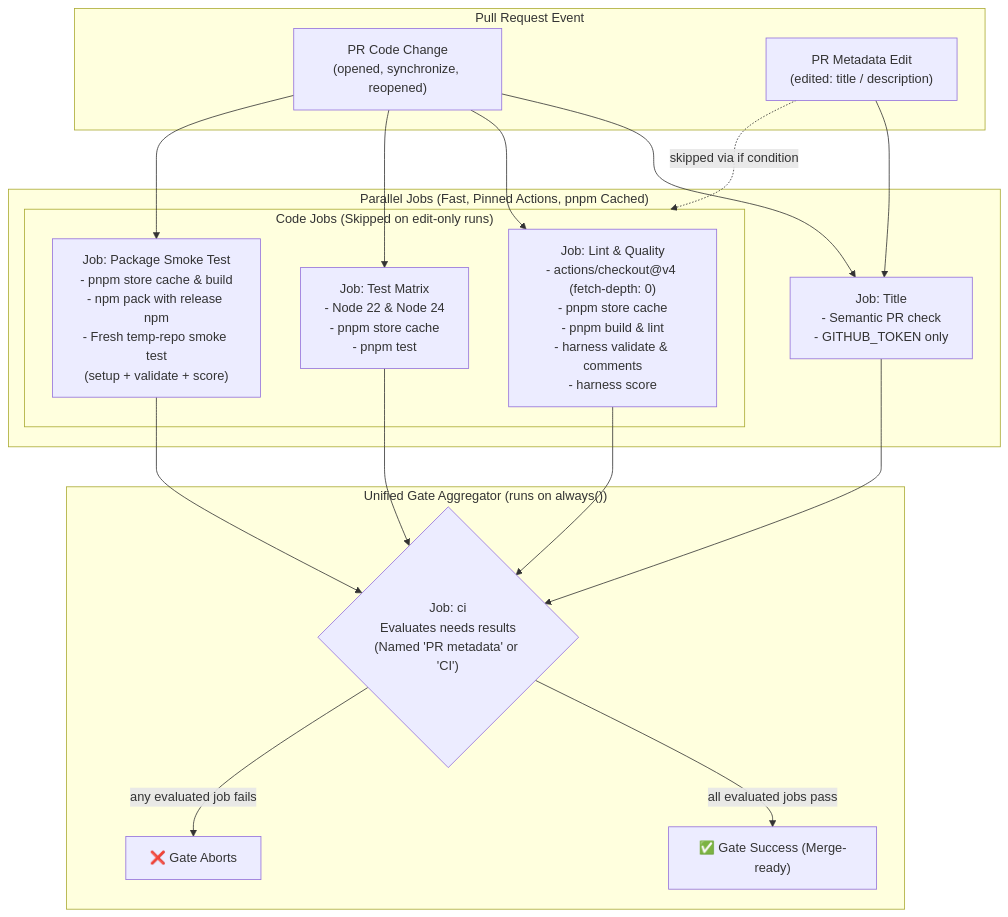
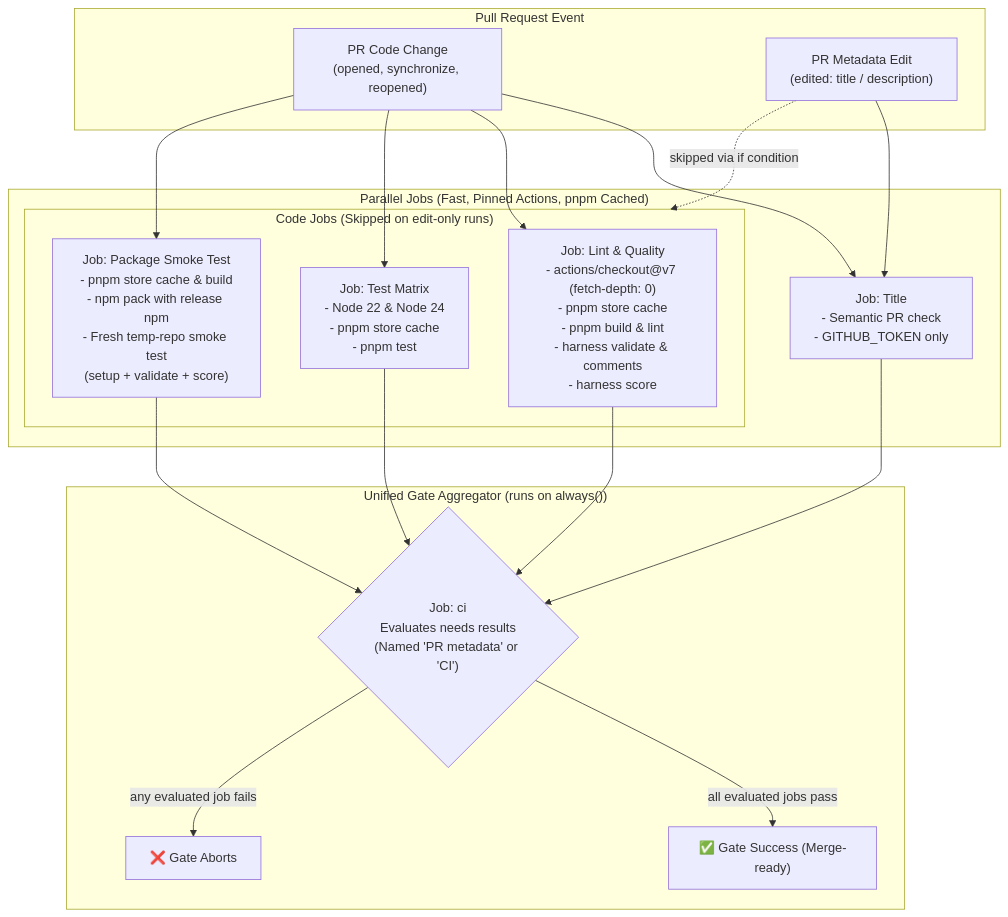
One commit to WolvenTech/wolven-harness changed the first of 2 diagrams in docs/specs/gha-lean-workflows/gha-lean-workflows-spec.md. Above: the diagram before and after it, drawn with Mermaid. The commit also changed other lines of this file and 5 other files, not shown here.

````diff
--- a/docs/specs/gha-lean-workflows/gha-lean-workflows-spec.md
+++ b/docs/specs/gha-lean-workflows/gha-lean-workflows-spec.md
@@ -42,41 +42,41 @@
 ```mermaid
 flowchart TD
   subgraph Trigger["Pull Request Event"]
     PR_CODE["PR Code Change\n(opened, synchronize, reopened)"]
     PR_EDIT["PR Metadata Edit\n(edited: title / description)"]
   end
 
   subgraph ParallelJobs["Parallel Jobs (Fast, Pinned Actions, pnpm Cached)"]
     JOB_TITLE["Job: Title\n- Semantic PR check\n- GITHUB_TOKEN only"]
     
     subgraph CodeJobs["Code Jobs (Skipped on edit-only runs)"]
-      JOB_LINT["Job: Lint & Quality\n- actions/checkout@v4 (fetch-depth: 0)\n- pnpm store cache\n- pnpm build & lint\n- harness validate & comments\n- harness score"]
+      JOB_LINT["Job: Lint & Quality\n- actions/checkout@v7 (fetch-depth: 0)\n- pnpm store cache\n- pnpm build & lint\n- harness validate & comments\n- harness score"]
       
       JOB_TEST["Job: Test Matrix\n- Node 22 & Node 24\n- pnpm store cache\n- pnpm test"]
       
       JOB_PKG["Job: Package Smoke Test\n- pnpm store cache & build\n- npm pack with release npm\n- Fresh temp-repo smoke test\n(setup + validate + score)"]
     end
   end
 
   subgraph Gate["Unified Gate Aggregator (runs on always())"]
     CI_GATE{"Job: ci\nEvaluates needs results\n(Named 'PR metadata' or 'CI')"}
     PASS["✅ Gate Success (Merge-ready)"]
     FAIL["❌ Gate Aborts"]
   end
 
   PR_CODE --> JOB_TITLE
   PR_CODE --> JOB_LINT
   PR_CODE --> JOB_TEST
   PR_CODE --> JOB_PKG
 
   PR_EDIT --> JOB_TITLE
   PR_EDIT -.->|skipped via if condition| CodeJobs
 
   JOB_TITLE --> CI_GATE
   JOB_LINT --> CI_GATE
   JOB_TEST --> CI_GATE
   JOB_PKG --> CI_GATE
 
   CI_GATE -->|all evaluated jobs pass| PASS
   CI_GATE -->|any evaluated job fails| FAIL
 ```
````
